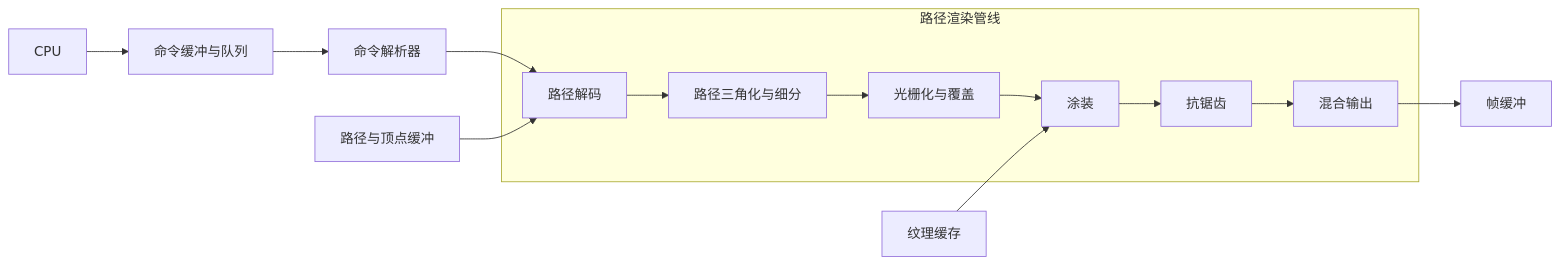
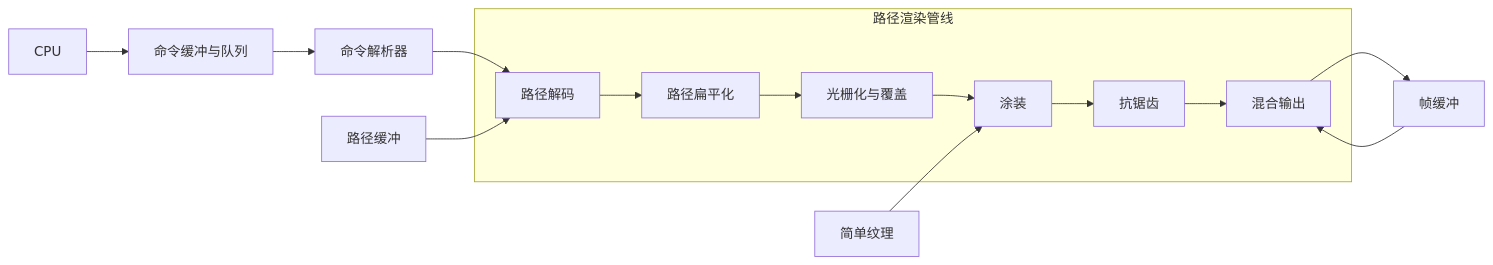
One commit to realmcu/display_wiki changed the second of 4 diagrams in doc/pages/hardware/2d-vs-3d-gpu.md. Above: the diagram before and after it, drawn with Mermaid. The commit also changed other lines of this file and 2 other files, not shown here.

````diff
--- a/doc/pages/hardware/2d-vs-3d-gpu.md
+++ b/doc/pages/hardware/2d-vs-3d-gpu.md
@@ -215,16 +197,17 @@
 ```{mermaid}
 flowchart LR
   CPU[CPU] --> CB[命令缓冲与队列]
   CB --> CP[命令解析器]
   CP --> DECODE
   subgraph 路径渲染管线
-    DECODE[路径解码] --> TESS[路径三角化与细分]
+    DECODE[路径解码] --> TESS[路径扁平化]
     TESS --> RASTER[光栅化与覆盖]
     RASTER --> PAINT[涂装]
     PAINT --> AA[抗锯齿]
     AA --> BLEND[混合输出]
   end
-  VBUF[路径与顶点缓冲] --> DECODE
-  TEX[纹理缓存] --> PAINT
+  VBUF[路径缓冲] --> DECODE
+  TEX[简单纹理] --> PAINT
   BLEND --> FB[帧缓冲]
+  FB[帧缓冲] --> BLEND
 ```
````
